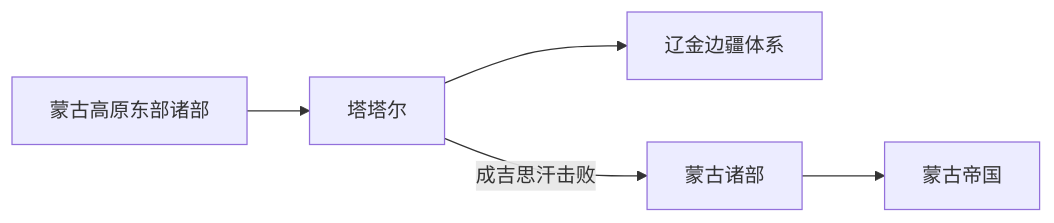
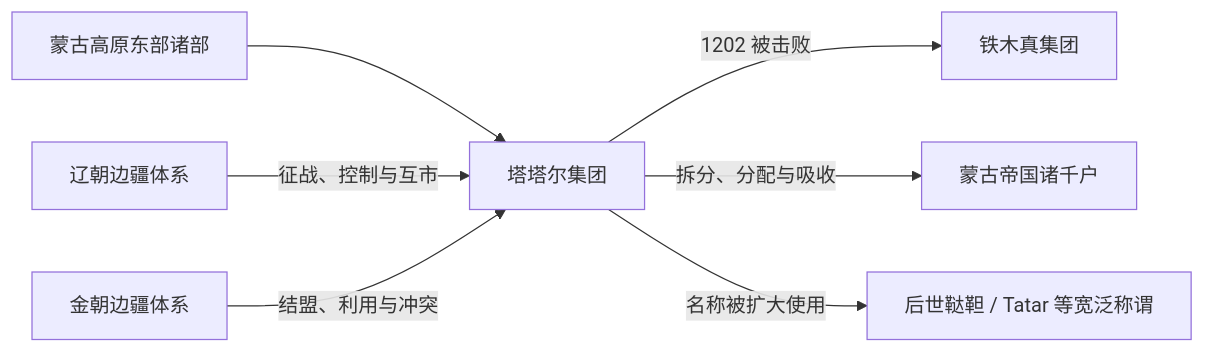
Before and after one commit to tianlan-dev/learning-notes: the diagram in 人文科学/历史/东亚/中国/_民族/蒙古语族与东胡/蒙古帝国前诸部/塔塔尔.md, drawn with Mermaid. The commit also changed other lines of this file and 180 other files, not shown here.

````diff
--- a/人文科学/历史/东亚/中国/_民族/蒙古语族与东胡/蒙古帝国前诸部/塔塔尔.md
+++ b/人文科学/历史/东亚/中国/_民族/蒙古语族与东胡/蒙古帝国前诸部/塔塔尔.md
@@ -28,7 +17,9 @@
 ```mermaid
 flowchart LR
-  Steppe["蒙古高原东部诸部"] --> Tatar["塔塔尔"]
-  Tatar --> JinLiao["辽金边疆体系"]
-  Tatar -->|成吉思汗击败| Mongol["蒙古诸部"]
-  Mongol --> MongolEmpire["蒙古帝国"]
+  EasternSteppe["蒙古高原东部诸部"] --> Tatar["塔塔尔集团"]
+  Liao["辽朝边疆体系"] -->|"征战、控制与互市"| Tatar
+  Jin["金朝边疆体系"] -->|"结盟、利用与冲突"| Tatar
+  Tatar -->|"1202 被击败"| Temujin["铁木真集团"]
+  Tatar -->|"拆分、分配与吸收"| Empire["蒙古帝国诸千户"]
+  Tatar -->|"名称被扩大使用"| BroadName["后世鞑靼 / Tatar 等宽泛称谓"]
 ```
````
